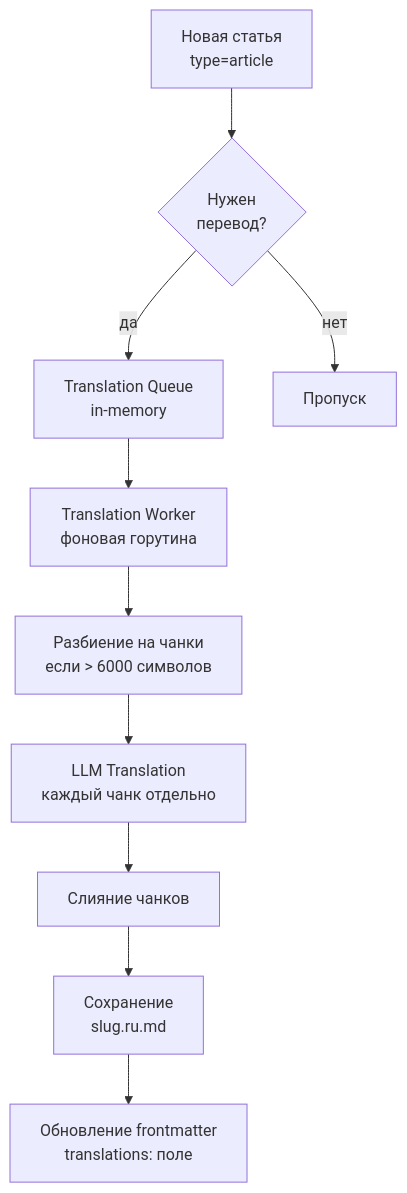
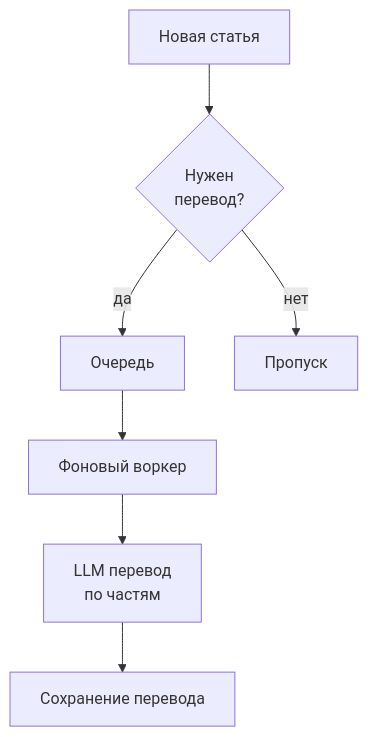
Before and after one commit to strider2038/knowledge-db: diagram 11 of 13 in docs/presentations/knowledge-db-overview.md, drawn with Mermaid. The commit also changed other lines of this file, not shown here.

Commit message:
docs: simplify diagrams to focus on conceptual decisions

````diff
--- a/docs/presentations/knowledge-db-overview.md
+++ b/docs/presentations/knowledge-db-overview.md
@@ -484,13 +242,9 @@
 ```mermaid
 flowchart TD
-    ARTICLE[Новая статья<br/>type=article] --> CHECK{Нужен<br/>перевод?}
-    CHECK --> |да| QUEUE[Translation Queue<br/>in-memory]
-    CHECK --> |нет| SKIP_2[Пропуск]
-    
-    QUEUE --> WORKER[Translation Worker<br/>фоновая горутина]
-    WORKER --> CHUNKS[Разбиение на чанки<br/>если > 6000 символов]
-    CHUNKS --> LLM_T[LLM Translation<br/>каждый чанк отдельно]
-    LLM_T --> MERGE_2[Слияние чанков]
-    MERGE_2 --> SAVE_T[Сохранение<br/>slug.ru.md]
-    SAVE_T --> META_2[Обновление frontmatter<br/>translations: поле]
+    ARTICLE[Новая статья] --> CHECK{Нужен<br/>перевод?}
+    CHECK --> |да| QUEUE[Очередь]
+    QUEUE --> WORKER[Фоновый воркер]
+    WORKER --> LLM[LLM перевод<br/>по частям]
+    LLM --> SAVE[Сохранение перевода]
+    CHECK --> |нет| SKIP[Пропуск]
 ```
````
